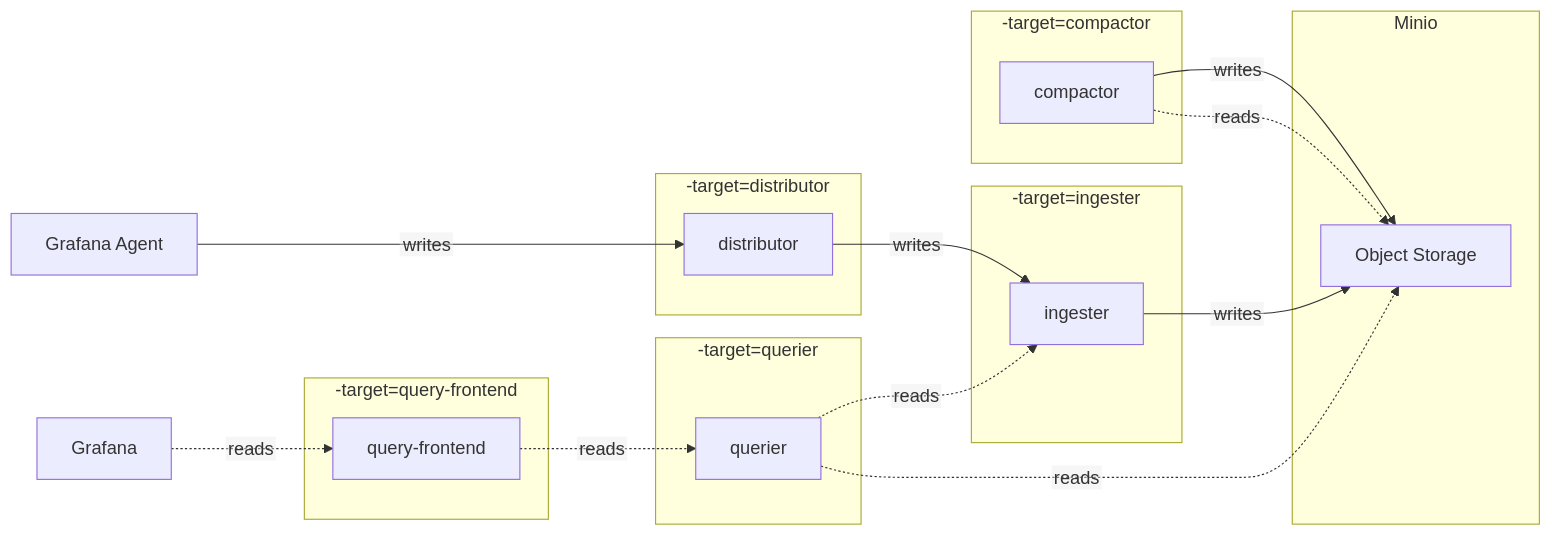
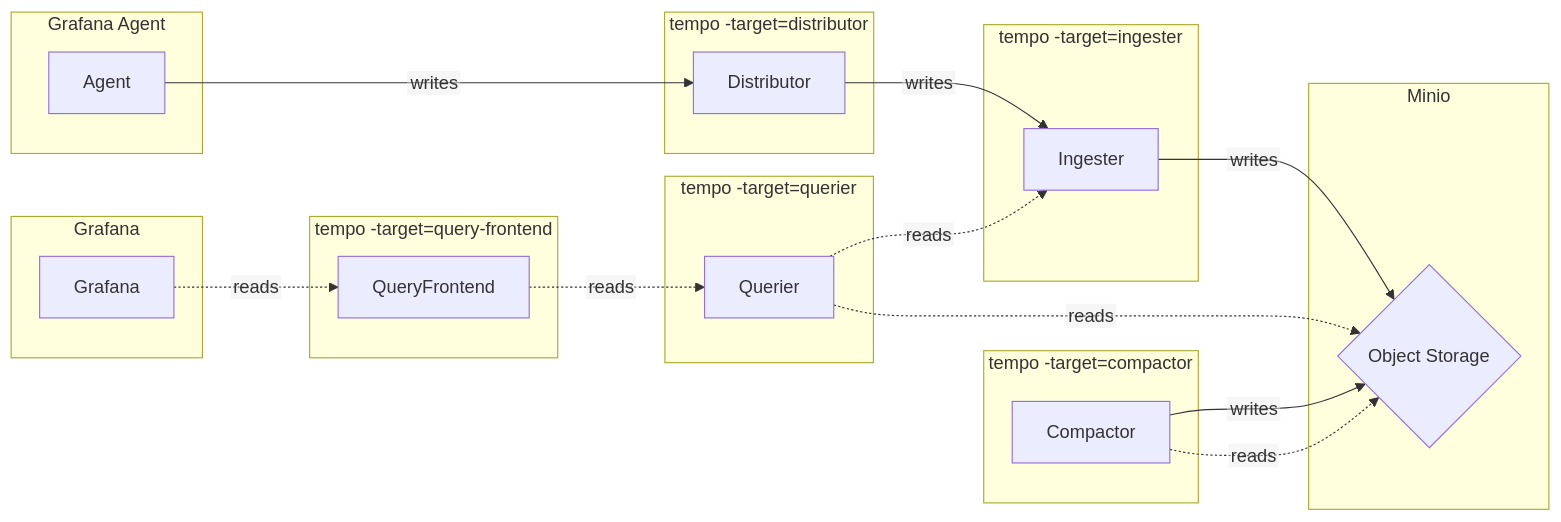
The diagram in docker-compose/microservices-mode/traces/README.md (qclaogui/codelab-monitoring), drawn with Mermaid before and after one commit. The commit also changed 4 other files, not shown here.

Commit message:
Refactor flowchart code

````diff
--- a/docker-compose/microservices-mode/traces/README.md
+++ b/docker-compose/microservices-mode/traces/README.md
@@ -9,37 +9,39 @@
 ```mermaid
 %%{init: {"flowchart": {"htmlLabels": false}} }%%
 flowchart LR
-    GrafanaAgent["Grafana Agent"] ---> | writes | Distributor
-    Grafana                      -.-> | reads | QueryFrontend
+    Agent   --->|writes| Distributor -->    |writes| Ingester -->|writes| ObjectStorage
+    Grafana -.->|reads | QueryFrontend -.-> |reads | Querier -.->|reads | ObjectStorage
 
-    Distributor --> | writes | Ingester --> | writes | ObjectStorage
-    Compactor   --> | writes | ObjectStorage
-
-
-    QueryFrontend -.-> | reads | Querier -.-> | reads | Ingester
-    Querier & Compactor["compactor"] -.-> | reads | ObjectStorage
-
-    subgraph TempoDistributor["-target=distributor"]
-        Distributor["distributor"]
+    subgraph Minio
+        ObjectStorage{"Object Storage"}
     end
 
-    subgraph TempoIngester["-target=ingester"]
-        Ingester["ingester"]
+    subgraph GrafanaAgent["Grafana Agent"]
+        Agent
     end
 
-    subgraph TempoQueryFrontend["-target=query-frontend"]
-        QueryFrontend["query-frontend"]
+    subgraph GFGraph["Grafana"]
+        Grafana
     end
 
-    subgraph TempoQuerier["-target=querier"]
-        Querier["querier"]
+    subgraph TempoIngester["tempo -target=ingester"]
+        Ingester
     end
 
-    subgraph TempoCompactor["-target=compactor"]
-        Compactor["compactor"]
+    subgraph TempoDistributor["tempo -target=distributor"]
+        Distributor
     end
 
-    subgraph Minio
-        ObjectStorage["Object Storage"]
+    subgraph TempoQuerier["tempo -target=querier"]
+        Querier -.->|reads| Ingester
+    end
+
+    subgraph TempoQueryFrontend["tempo -target=query-frontend"]
+        QueryFrontend
+    end
+
+    subgraph TempoCompactor["tempo -target=compactor"]
+        Compactor --> |writes| ObjectStorage
+        Compactor -.->|reads | ObjectStorage
     end
 ```
````
